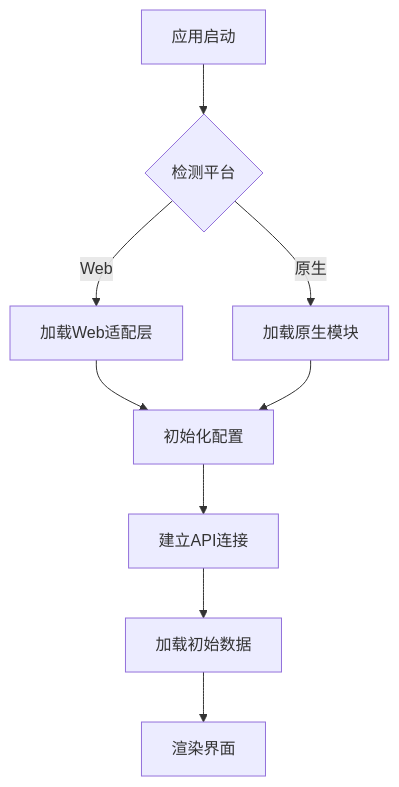
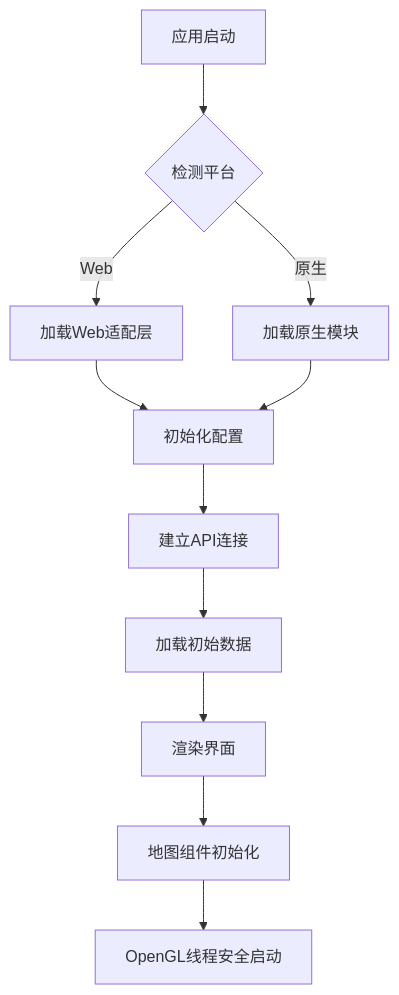
The tenth of 10 diagrams in .qoder/repowiki/zh/content/移动端应用/移动应用依赖管理.md (yinsw-c2e/drone_Rental_platform_v1), drawn with Mermaid before and after one commit. The commit also changed other lines of this file and 23 other files, not shown here.

````diff
--- a/.qoder/repowiki/zh/content/移动端应用/移动应用依赖管理.md
+++ b/.qoder/repowiki/zh/content/移动端应用/移动应用依赖管理.md
@@ -382,11 +509,13 @@
 ```mermaid
 flowchart TD
 A[应用启动] --> B{检测平台}
 B --> |Web| C[加载Web适配层]
 B --> |原生| D[加载原生模块]
 C --> E[初始化配置]
 D --> E
 E --> F[建立API连接]
 F --> G[加载初始数据]
 G --> H[渲染界面]
+H --> I[地图组件初始化]
+I --> J[OpenGL线程安全启动]
 ```
````
